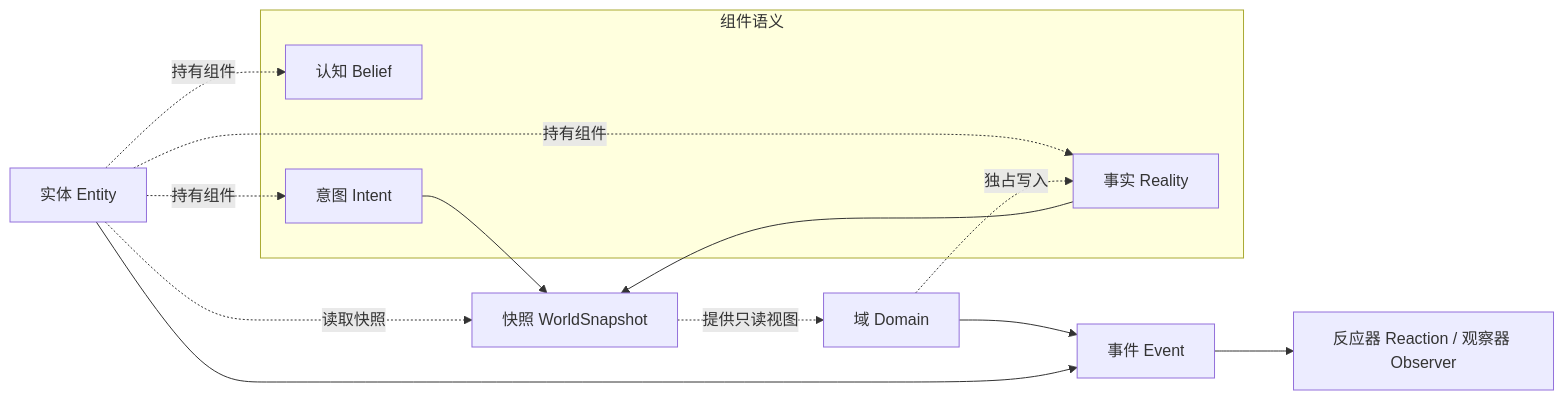
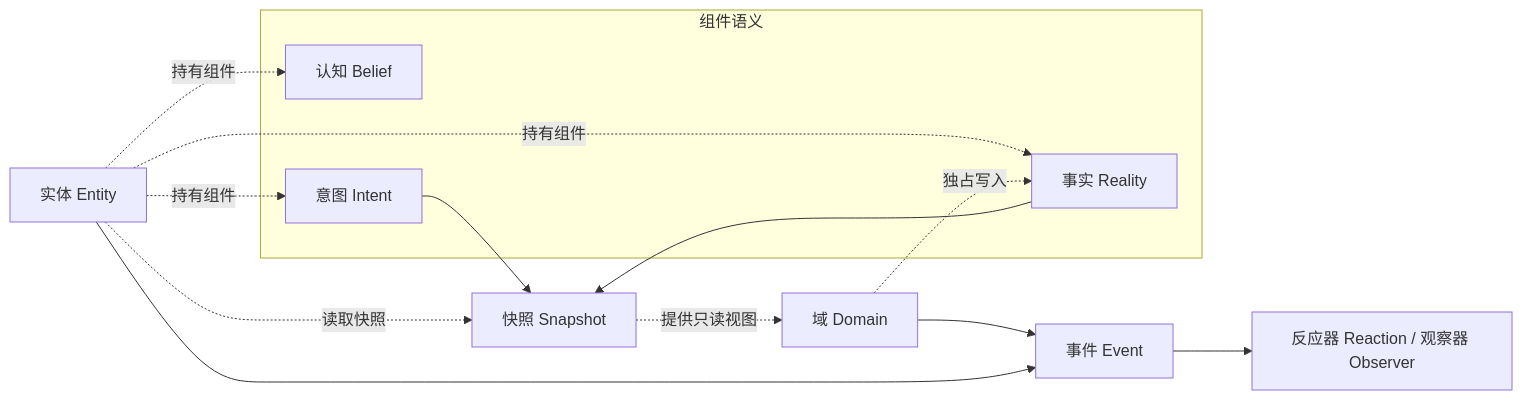
One commit to Zoranner/duan-simulate changed the diagram in README.md. Above: the diagram before and after it, drawn with Mermaid. The commit also changed other lines of this file, not shown here.

Commit message:
Update README.md to standardize terminology for snapshots
- Renamed instances of `WorldSnapshot` to `Snapshot` for consistency and clarity in the documentation.
- Updated the relationship diagram and key term definitions to reflect the new terminology, enhancing understanding for users and developers.

````diff
--- a/README.md
+++ b/README.md
@@ -17,26 +17,26 @@
 ```mermaid
 flowchart LR
     E[实体 Entity]
     D[域 Domain]
-    S[快照 WorldSnapshot]
+    S[快照 Snapshot]
     V[事件 Event]
     H[反应器 Reaction / 观察器 Observer]
 
     subgraph C[组件语义]
         B[认知 Belief]
         I[意图 Intent]
         F[事实 Reality]
     end
 
     E -.持有组件.-> B
     E -.持有组件.-> I
     E -.持有组件.-> F
     E -.读取快照.-> S
     I --> S
     F --> S
     S -.提供只读视图.-> D
     D --> V
     E --> V
     D -.独占写入.-> F
     V --> H
 ```
````
